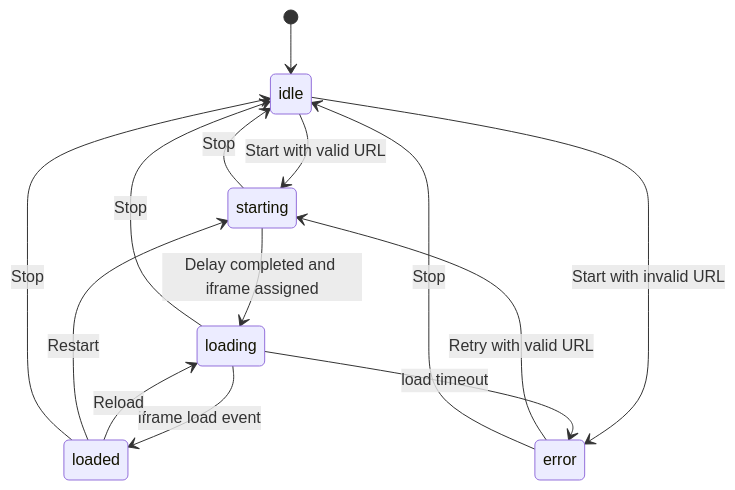
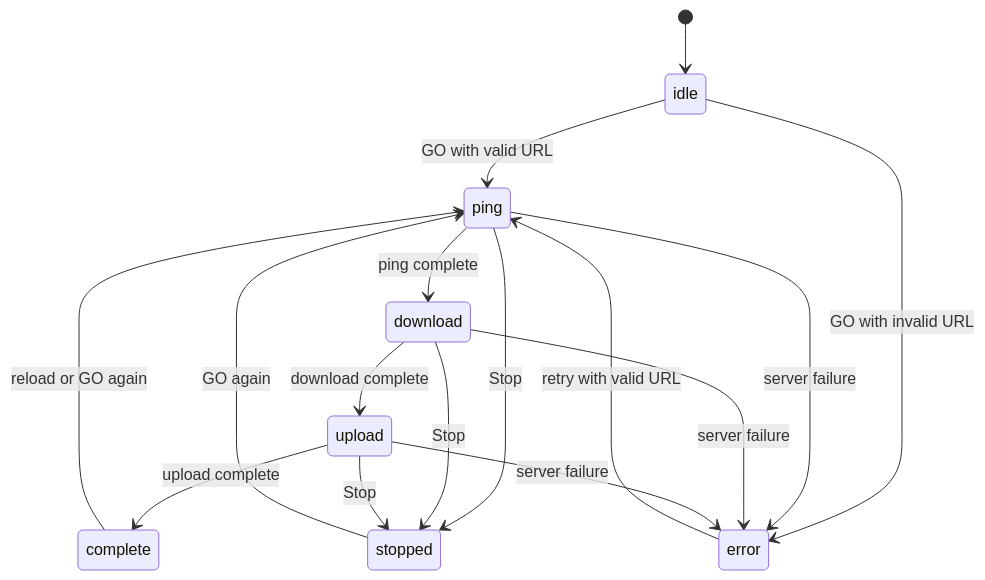
One commit to rgalor-ca/openspeedtest-ftap-poc changed the fourth of 11 diagrams in docs/DOCUMENTATION.md. Above: the diagram before and after it, drawn with Mermaid. The commit also changed other lines of this file and 13 other files, not shown here.

````diff
--- a/docs/DOCUMENTATION.md
+++ b/docs/DOCUMENTATION.md
@@ -136,16 +155,18 @@
 ```mermaid
 stateDiagram-v2
   [*] --> idle
-  idle --> starting: Start with valid URL
-  idle --> error: Start with invalid URL
-  starting --> loading: Delay completed and iframe assigned
-  starting --> idle: Stop
-  loading --> loaded: iframe load event
-  loading --> error: load timeout
-  loading --> idle: Stop
-  loaded --> loading: Reload
-  loaded --> starting: Restart
-  loaded --> idle: Stop
-  error --> starting: Retry with valid URL
-  error --> idle: Stop
+  idle --> ping: GO with valid URL
+  idle --> error: GO with invalid URL
+  ping --> download: ping complete
+  ping --> stopped: Stop
+  ping --> error: server failure
+  download --> upload: download complete
+  download --> stopped: Stop
+  download --> error: server failure
+  upload --> complete: upload complete
+  upload --> stopped: Stop
+  upload --> error: server failure
+  complete --> ping: reload or GO again
+  error --> ping: retry with valid URL
+  stopped --> ping: GO again
 ```
````
